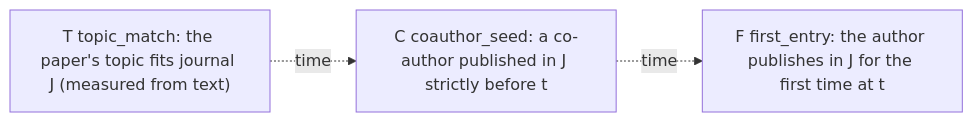
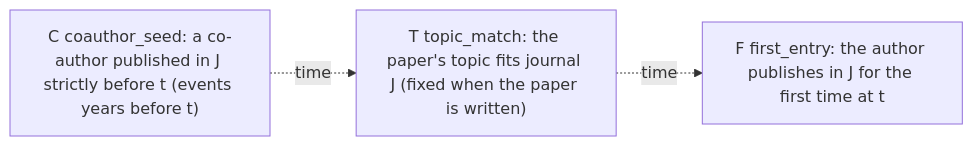
One commit to Mista-Kev/academic-journals changed the first of 4 diagrams in docs/q3-structure.md. Above: the diagram before and after it, drawn with Mermaid. The commit also changed other lines of this file, not shown here.

Commit message:
Rework Q3 structure after adversarial review: corrected timeline, direct-effect interpretation, new threats, diagnostics

````diff
--- a/docs/q3-structure.md
+++ b/docs/q3-structure.md
@@ -9,5 +9,5 @@
 ```mermaid
 flowchart LR
-    T["T topic_match: the paper's topic fits journal J (measured from text)"] -. time .-> C["C coauthor_seed: a co-author published in J strictly before t"]
-    C -. time .-> F["F first_entry: the author publishes in J for the first time at t"]
+    C["C coauthor_seed: a co-author published in J strictly before t (events years before t)"] -. time .-> T["T topic_match: the paper's topic fits journal J (fixed when the paper is written)"]
+    T -. time .-> F["F first_entry: the author publishes in J for the first time at t"]
 ```
````
